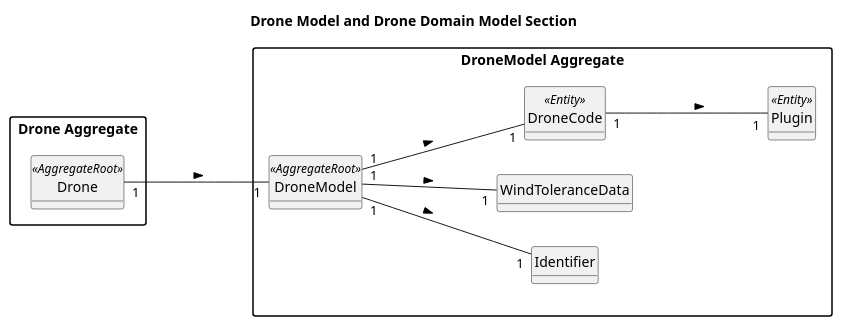
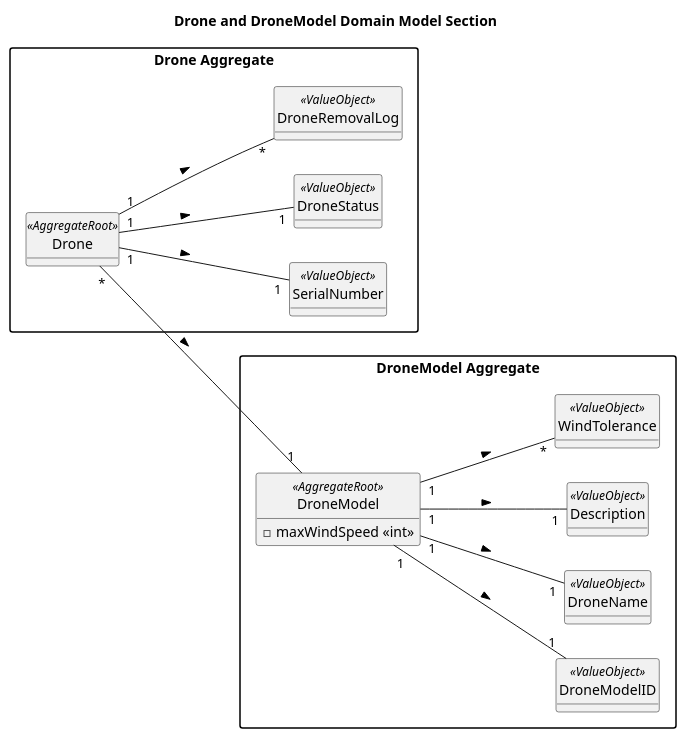
One commit to SAEmanuel/Shodrone_ISEP changed the diagram in docs/planning/sprint2/EAPLI/US240 - Drone model creation/02.analysis/puml/us240-domain-model.puml. Above: the diagram before and after it, drawn with PlantUML. The commit also changed 1 other file, not shown here.

```diff
--- a/docs/planning/sprint2/EAPLI/US240 - Drone model creation/02.analysis/puml/us240-domain-model.puml
+++ b/docs/planning/sprint2/EAPLI/US240 - Drone model creation/02.analysis/puml/us240-domain-model.puml
@@ -1,45 +1,56 @@
 @startuml
-
 skinparam monochrome true
 skinparam packageStyle rectangle
 skinparam shadowing false
 left to right direction
 
-title Drone Model and Drone Domain Model Section
+title Drone and DroneModel Domain Model Section
 
 hide circles
 hide methods
 
+package "Drone Aggregate" {
+
+    class Drone <<AggregateRoot>> {
+
+    }
+
+    class SerialNumber <<ValueObject>> {
+    }
+
+    class DroneStatus <<ValueObject>> {
+    }
+
+    class DroneRemovalLog <<ValueObject>> {
+    }
+}
+
 package "DroneModel Aggregate" {
 
     class DroneModel <<AggregateRoot>> {
+    - maxWindSpeed <<int>>
     }
 
-    class Identifier {
+    class DroneModelID <<ValueObject>> {
     }
 
-    class WindToleranceData {
+    class DroneName <<ValueObject>> {
     }
 
-    class DroneCode <<Entity>> {
+    class Description <<ValueObject>> {
     }
 
-    class Plugin <<Entity>> {
-    }
-
-
-}
-
-package "Drone Aggregate" {
-    class Drone <<AggregateRoot>> {
+    class WindTolerance <<ValueObject>> {
     }
 }
 
-DroneModel "1" --- "1" Identifier : >
-DroneModel "1" --- "1" WindToleranceData : >
-DroneModel "1" --- "1" DroneCode : >
-DroneCode "1" --- "1" Plugin : >
-
-Drone "1" --- "1" DroneModel : >
+Drone "*" --- "1" DroneModel : >
+Drone "1" --- "1" SerialNumber : >
+Drone "1" --- "1" DroneStatus : >
+Drone "1" --- "*" DroneRemovalLog : >
+DroneModel "1" --- "1" DroneModelID : >
+DroneModel "1" --- "1" DroneName : >
+DroneModel "1" --- "1" Description : >
+DroneModel "1" --- "*" WindTolerance : >
 
 @enduml
```
